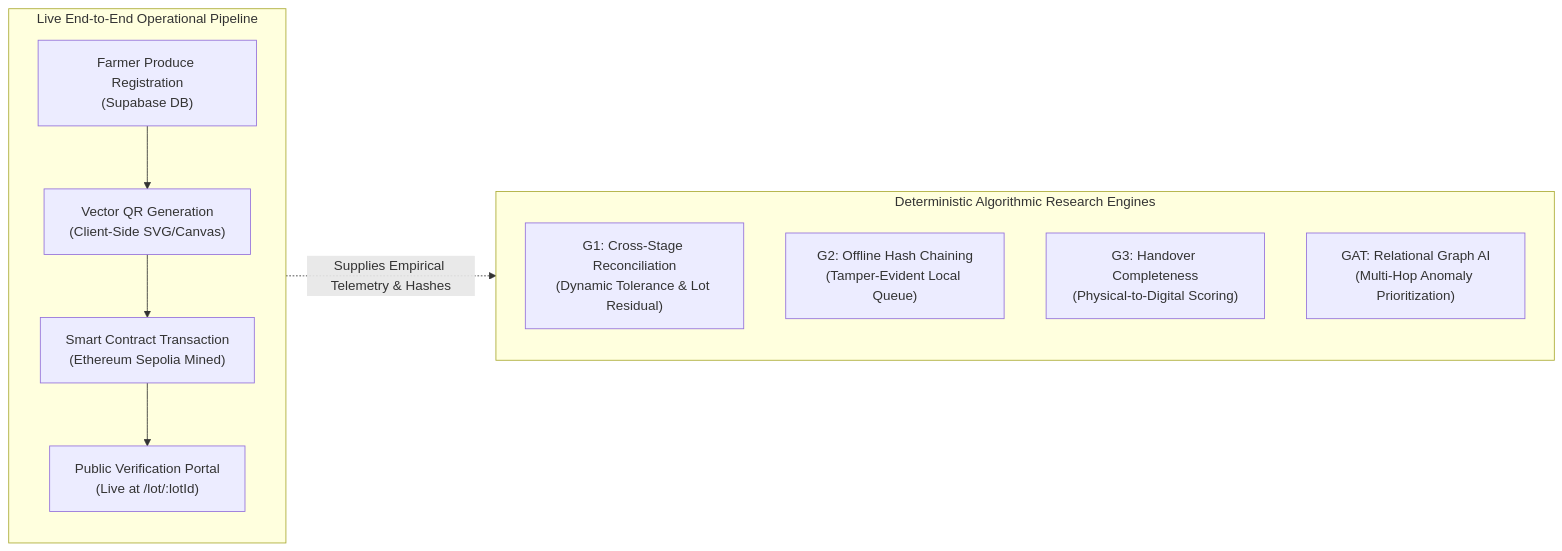
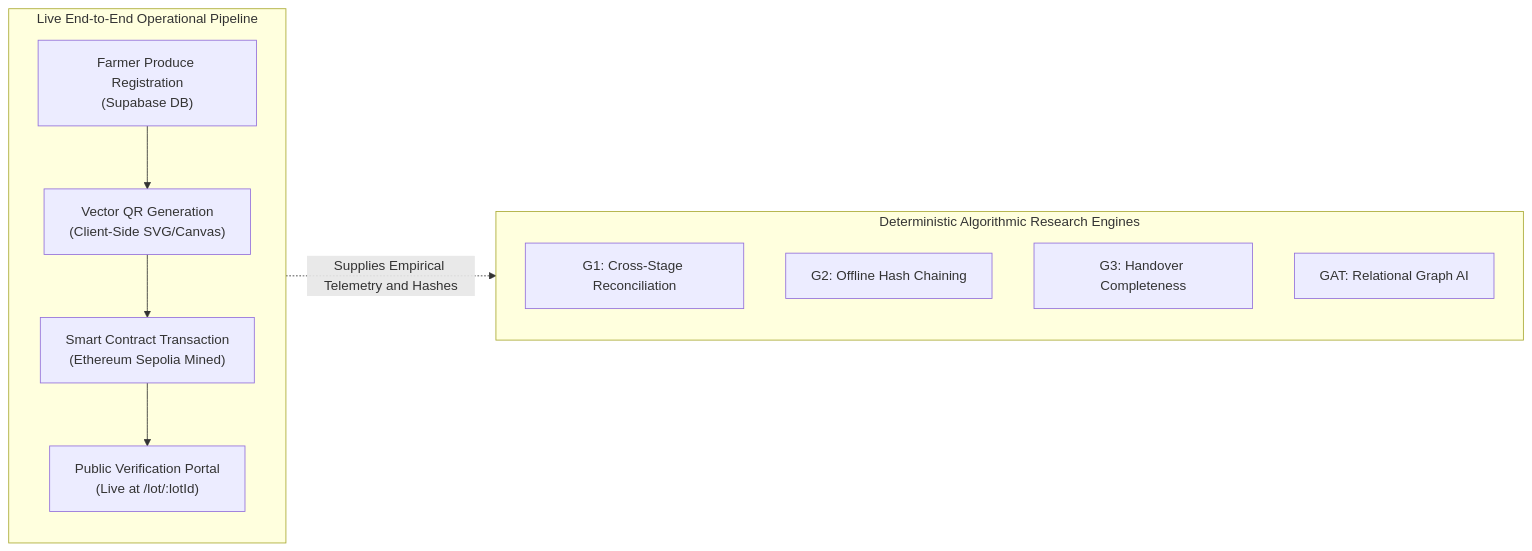
The second of 4 diagrams in README.md (VishalNandy17/harvest-link-chain), drawn with Mermaid before and after one commit. The commit also changed other lines of this file, not shown here.

````diff
--- a/README.md
+++ b/README.md
@@ -53,19 +51,19 @@
 ```mermaid
 flowchart LR
     subgraph Live_Pipeline["Live End-to-End Operational Pipeline"]
         direction TB
         L1["Farmer Produce Registration<br/>(Supabase DB)"] --> L2["Vector QR Generation<br/>(Client-Side SVG/Canvas)"]
         L2 --> L3["Smart Contract Transaction<br/>(Ethereum Sepolia Mined)"]
         L3 --> L4["Public Verification Portal<br/>(Live at /lot/:lotId)"]
     end
 
     subgraph Research_Engines["Deterministic Algorithmic Research Engines"]
         direction TB
-        R1["G1: Cross-Stage Reconciliation<br/>(Dynamic Tolerance &amp; Lot Residual)"]
-        R2["G2: Offline Hash Chaining<br/>(Tamper-Evident Local Queue)"]
-        R3["G3: Handover Completeness<br/>(Physical-to-Digital Scoring)"]
-        R4["GAT: Relational Graph AI<br/>(Multi-Hop Anomaly Prioritization)"]
+        R1["G1: Cross-Stage Reconciliation"]
+        R2["G2: Offline Hash Chaining"]
+        R3["G3: Handover Completeness"]
+        R4["GAT: Relational Graph AI"]
     end
 
-    Live_Pipeline -. "Supplies Empirical Telemetry &amp; Hashes" .-> Research_Engines
+    Live_Pipeline -. "Supplies Empirical Telemetry and Hashes" .-> Research_Engines
 ```
````
